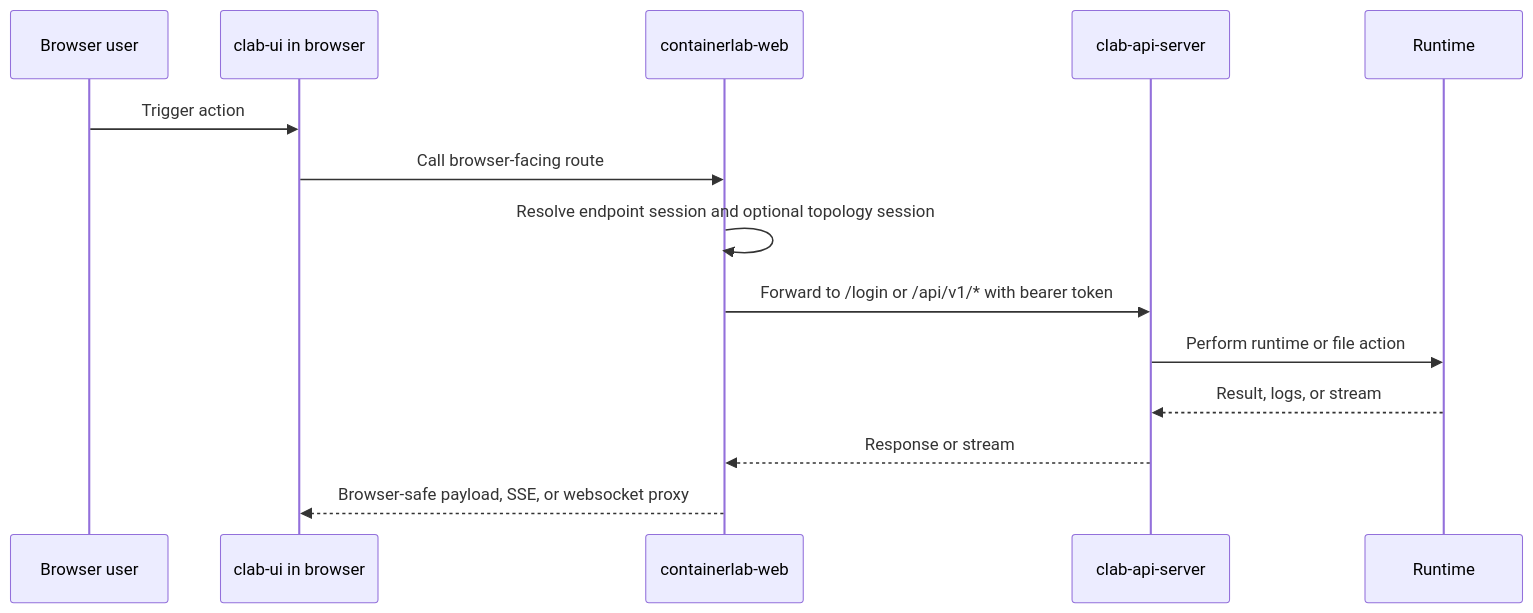
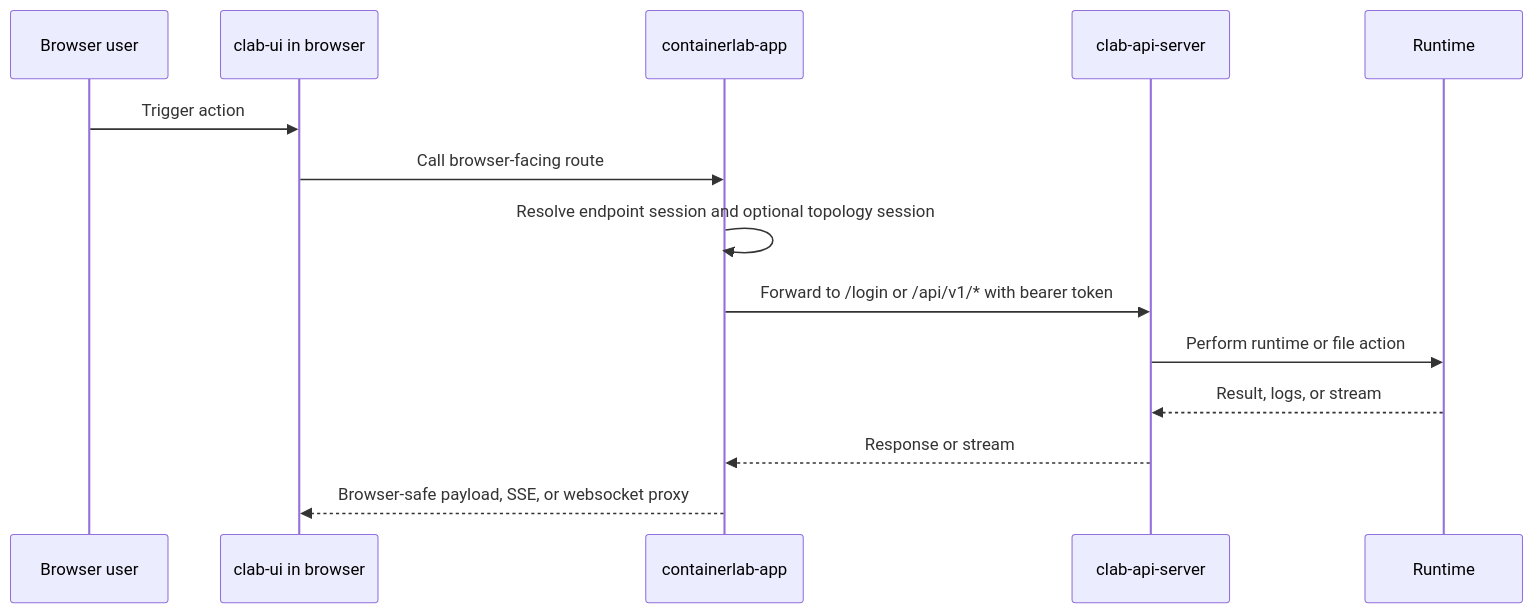
Before and after one commit to Muddyblack/clab-ui: the first of 3 diagrams in docs/02-end-to-end-flows.md, drawn with Mermaid. The commit also changed other lines of this file and 15 other files, not shown here.

````diff
--- a/docs/02-end-to-end-flows.md
+++ b/docs/02-end-to-end-flows.md
@@ -7,17 +7,17 @@
 ```mermaid
 sequenceDiagram
     participant User as Browser user
     participant UI as clab-ui in browser
-    participant WEB as containerlab-web
+    participant WEB as containerlab-app
     participant API as clab-api-server
     participant RT as Runtime
 
     User->>UI: Trigger action
     UI->>WEB: Call browser-facing route
     WEB->>WEB: Resolve endpoint session and optional topology session
     WEB->>API: Forward to /login or /api/v1/* with bearer token
     API->>RT: Perform runtime or file action
     RT-->>API: Result, logs, or stream
     API-->>WEB: Response or stream
     WEB-->>UI: Browser-safe payload, SSE, or websocket proxy
 ```
````
